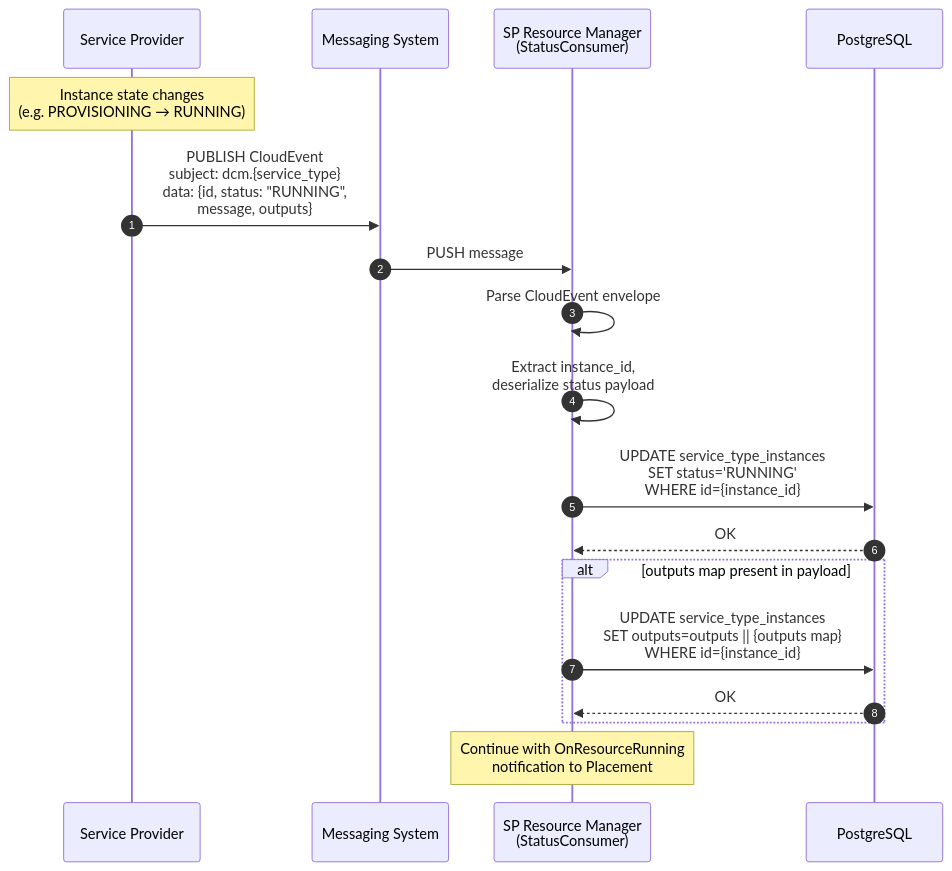
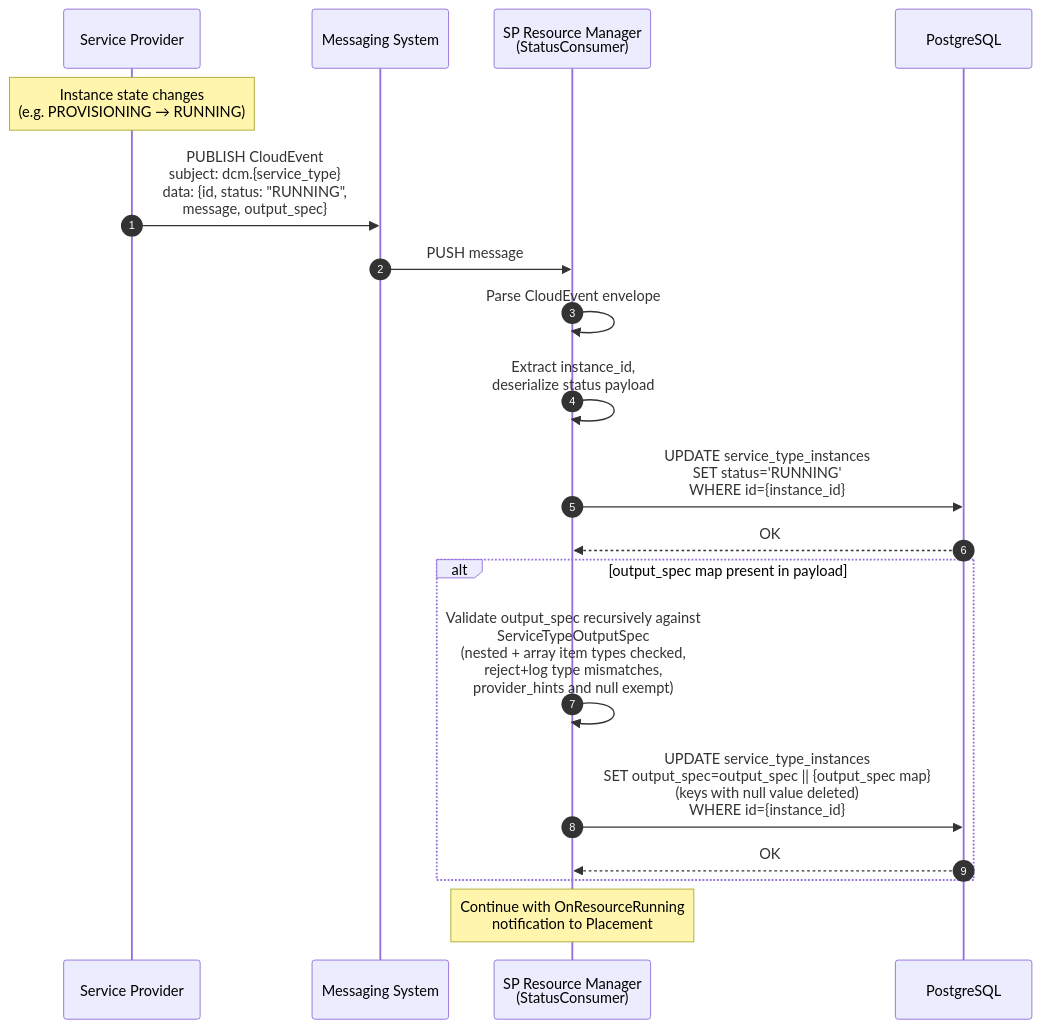
One commit to dcm-project/enhancements changed the first of 2 diagrams in enhancements/cross-provider-outputs/cross-provider-outputs.md. Above: the diagram before and after it, drawn with Mermaid. The commit also changed other lines of this file, not shown here.

Commit message:
Adopt structured outputs, capture-time validation, output_spec naming according to review comments

````diff
--- a/enhancements/cross-provider-outputs/cross-provider-outputs.md
+++ b/enhancements/cross-provider-outputs/cross-provider-outputs.md
@@ -351,27 +359,28 @@
 ```mermaid
 sequenceDiagram
     autonumber
     participant SP as Service Provider
     participant MS as Messaging System
     participant SC as SP Resource Manager<br/>(StatusConsumer)
     participant DB as PostgreSQL
 
     Note over SP: Instance state changes<br/>(e.g. PROVISIONING → RUNNING)
 
-    SP->>MS: PUBLISH CloudEvent<br/>subject: dcm.{service_type}<br/>data: {id, status: "RUNNING",<br/>message, outputs}
+    SP->>MS: PUBLISH CloudEvent<br/>subject: dcm.{service_type}<br/>data: {id, status: "RUNNING",<br/>message, output_spec}
 
     MS->>SC: PUSH message
 
     SC->>SC: Parse CloudEvent envelope
     SC->>SC: Extract instance_id,<br/>deserialize status payload
 
     SC->>DB: UPDATE service_type_instances<br/>SET status='RUNNING'<br/>WHERE id={instance_id}
     DB-->>SC: OK
 
-    alt outputs map present in payload
-        SC->>DB: UPDATE service_type_instances<br/>SET outputs=outputs || {outputs map}<br/>WHERE id={instance_id}
+    alt output_spec map present in payload
+        SC->>SC: Validate output_spec recursively against<br/>ServiceTypeOutputSpec<br/>(nested + array item types checked,<br/>reject+log type mismatches,<br/>provider_hints and null exempt)
+        SC->>DB: UPDATE service_type_instances<br/>SET output_spec=output_spec || {output_spec map}<br/>(keys with null value deleted)<br/>WHERE id={instance_id}
         DB-->>SC: OK
     end
 
     Note over SC: Continue with OnResourceRunning<br/>notification to Placement
 ```
````
